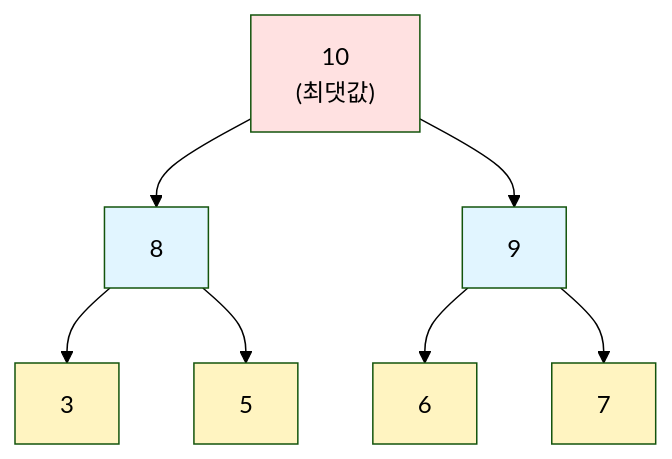
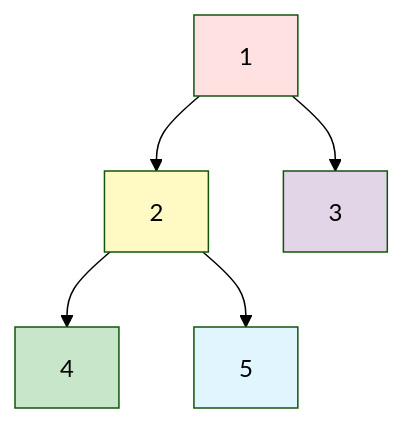
Before and after one commit to nugurejeil/weniVooks: the fourth of 5 diagrams in _md/essentials-codingtest/chapter03/03-5.md, drawn with Mermaid (forest theme). The commit also changed other lines of this file and 2 other files, not shown here.

````diff
--- a/_md/essentials-codingtest/chapter03/03-5.md
+++ b/_md/essentials-codingtest/chapter03/03-5.md
@@ -54,17 +205,13 @@
 ```mermaid
 graph TD
-    A["10<br/>(최댓값)"] --> B["8"]
-    A --> C["9"]
-    B --> D["3"]
+    A["1"] --> B["2"]
+    A --> C["3"]
+    B --> D["4"]
     B --> E["5"]
-    C --> F["6"]
-    C --> G["7"]
 
     style A fill:#ffe1e1
-    style B fill:#e1f5ff
-    style C fill:#e1f5ff
-    style D fill:#fff4c1
-    style E fill:#fff4c1
-    style F fill:#fff4c1
-    style G fill:#fff4c1
+    style B fill:#fff9c4
+    style D fill:#c8e6c9
+    style E fill:#e1f5ff
+    style C fill:#e1d5e7
 ```
````
